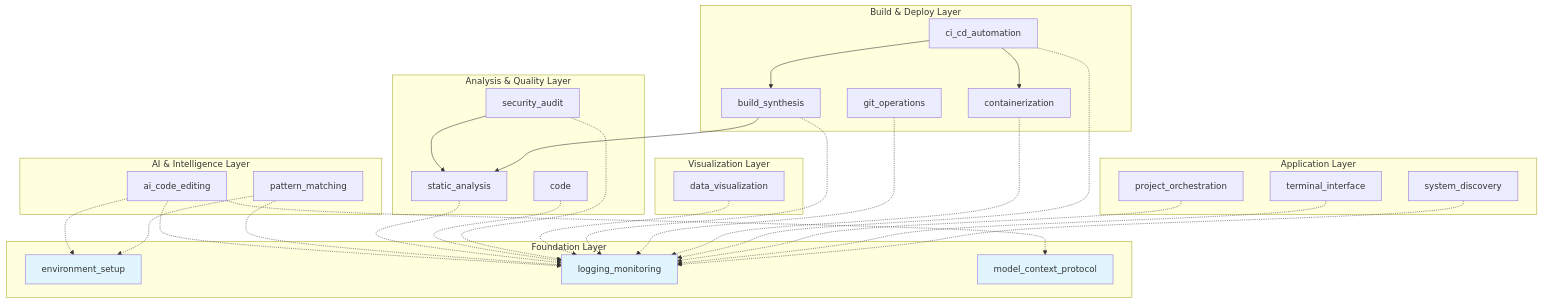
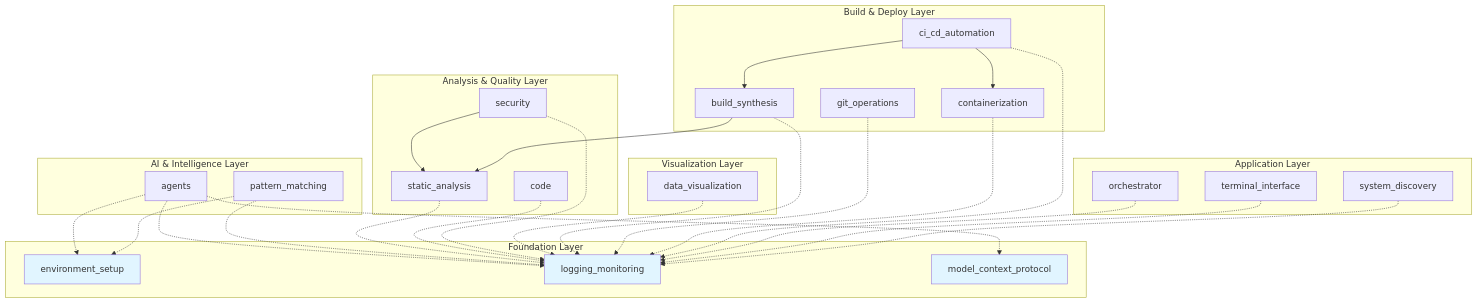
Before and after one commit to docxology/codomyrmex: the diagram in docs/modules/dependency-graph.md, drawn with Mermaid. The commit also changed other lines of this file and 282 other files, not shown here.

````diff
--- a/docs/modules/dependency-graph.md
+++ b/docs/modules/dependency-graph.md
@@ -7,70 +7,70 @@
 ```mermaid
 graph TD
     subgraph "Foundation Layer"
         ENV[environment_setup]
         LOG[logging_monitoring]
         MCP[model_context_protocol]
     end
 
     subgraph "AI & Intelligence Layer"
-        AI[ai_code_editing]
+        AI[agents]
         PATTERN[pattern_matching]
     end
 
     subgraph "Analysis & Quality Layer"
         STATIC[static_analysis]
         EXEC[code]
-        SECURITY[security_audit]
+        SECURITY[security]
     end
 
     subgraph "Visualization Layer"
         VIZ[data_visualization]
     end
 
     subgraph "Build & Deploy Layer"
         BUILD[build_synthesis]
         GIT[git_operations]
         CONTAINER[containerization]
         CICD[ci_cd_automation]
     end
 
     subgraph "Application Layer"
-        ORCH[project_orchestration]
+        ORCH[orchestrator]
         TERM[terminal_interface]
         DISCO[system_discovery]
     end
 
     %% Foundation dependencies
     AI -.-> LOG
     AI -.-> ENV
     AI -.-> MCP
     PATTERN -.-> LOG
     PATTERN -.-> ENV
 
     %% Analysis dependencies
     STATIC -.-> LOG
     EXEC -.-> LOG
     SECURITY -.-> LOG
     SECURITY --> STATIC
 
     %% Visualization
     VIZ -.-> LOG
 
     %% Build dependencies
     BUILD -.-> LOG
     BUILD --> STATIC
     GIT -.-> LOG
     CONTAINER -.-> LOG
     CICD -.-> LOG
     CICD --> BUILD
     CICD --> CONTAINER
 
     %% Application dependencies
     ORCH -.-> LOG
     TERM -.-> LOG
     DISCO -.-> LOG
 
     style ENV fill:#e1f5ff
     style LOG fill:#e1f5ff
     style MCP fill:#e1f5ff
 ```
````
